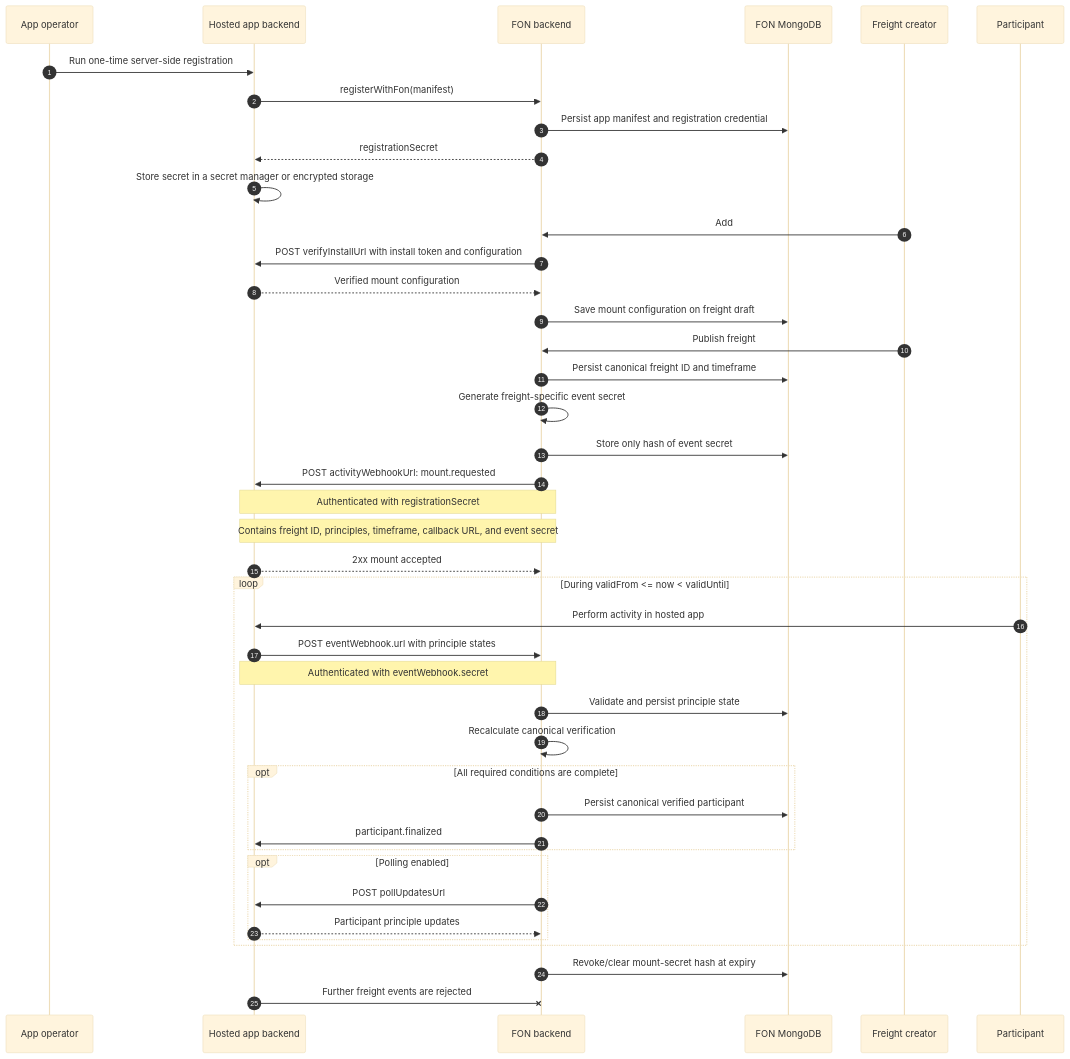
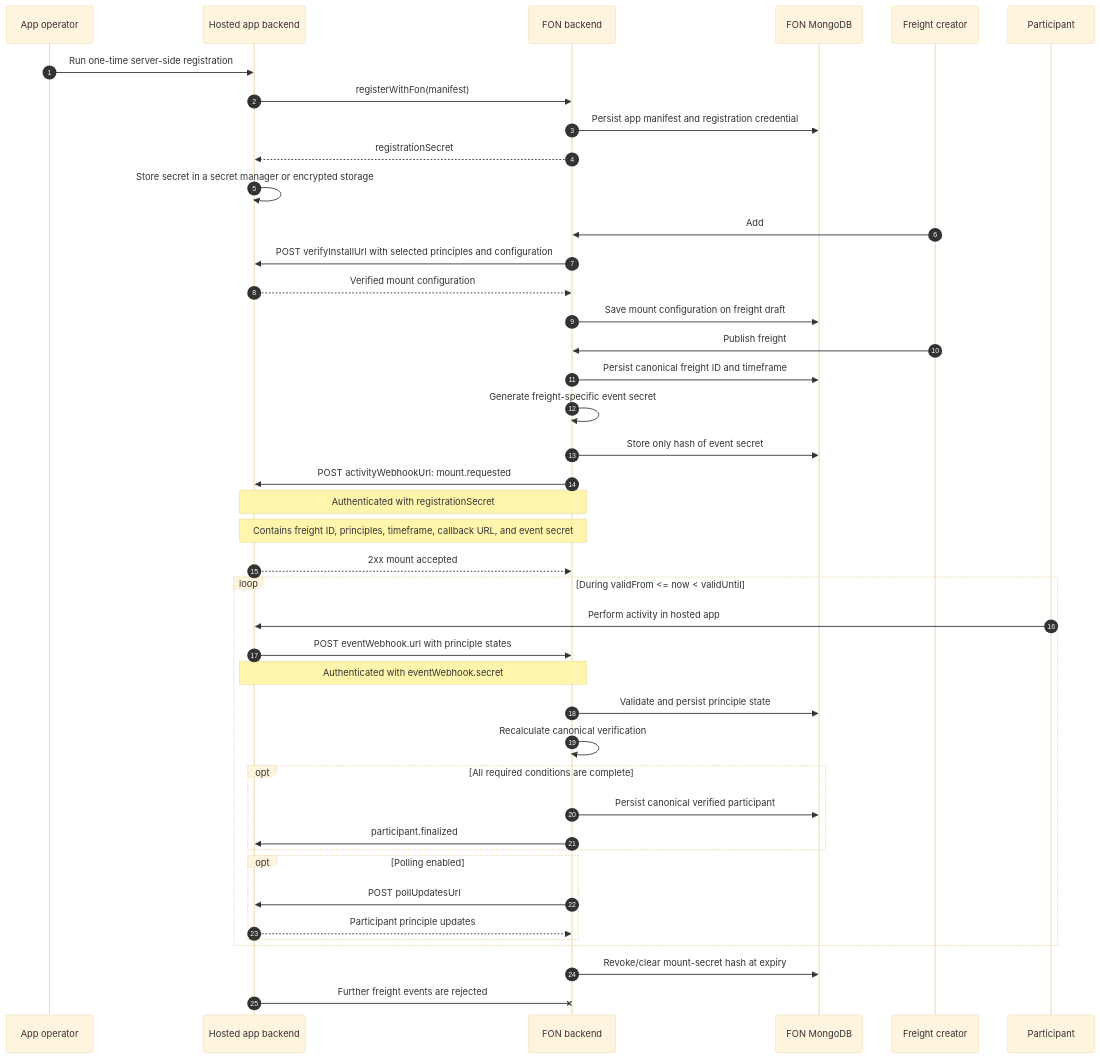
Before and after one commit to Birdmannn/fon: the second of 2 diagrams in MOUNT_FLOW.md, drawn with Mermaid (base theme). The commit also changed other lines of this file and 38 other files, not shown here.

````diff
--- a/MOUNT_FLOW.md
+++ b/MOUNT_FLOW.md
@@ -62,49 +61,49 @@
 ```mermaid
 sequenceDiagram
     autonumber
     participant O as App operator
     participant A as Hosted app backend
     participant F as FON backend
     participant D as FON MongoDB
     participant C as Freight creator
     participant P as Participant
 
     O->>A: Run one-time server-side registration
     A->>F: registerWithFon(manifest)
     F->>D: Persist app manifest and registration credential
     F-->>A: registrationSecret
     A->>A: Store secret in a secret manager or encrypted storage
 
     C->>F: Add #mounted and select app principles
-    F->>A: POST verifyInstallUrl with install token and configuration
+    F->>A: POST verifyInstallUrl with selected principles and configuration
     A-->>F: Verified mount configuration
     F->>D: Save mount configuration on freight draft
 
     C->>F: Publish freight
     F->>D: Persist canonical freight ID and timeframe
     F->>F: Generate freight-specific event secret
     F->>D: Store only hash of event secret
     F->>A: POST activityWebhookUrl: mount.requested
     Note over F,A: Authenticated with registrationSecret
     Note over F,A: Contains freight ID, principles, timeframe, callback URL, and event secret
     A-->>F: 2xx mount accepted
 
     loop During validFrom <= now < validUntil
         P->>A: Perform activity in hosted app
         A->>F: POST eventWebhook.url with principle states
         Note over A,F: Authenticated with eventWebhook.secret
         F->>D: Validate and persist principle state
         F->>F: Recalculate canonical verification
         opt All required conditions are complete
             F->>D: Persist canonical verified participant
             F->>A: participant.finalized
         end
         opt Polling enabled
             F->>A: POST pollUpdatesUrl
             A-->>F: Participant principle updates
         end
     end
 
     F->>D: Revoke/clear mount-secret hash at expiry
     A-xF: Further freight events are rejected
 ```
````
